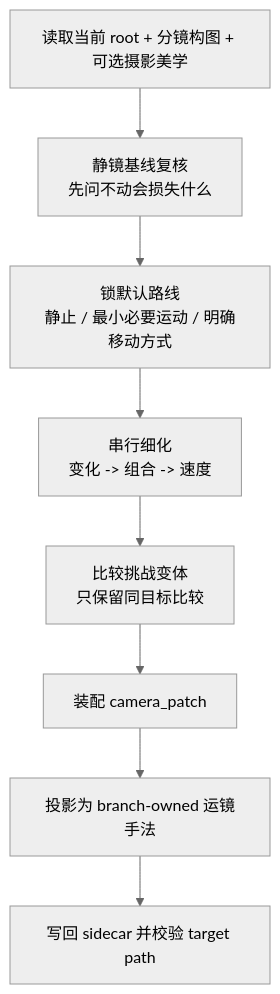
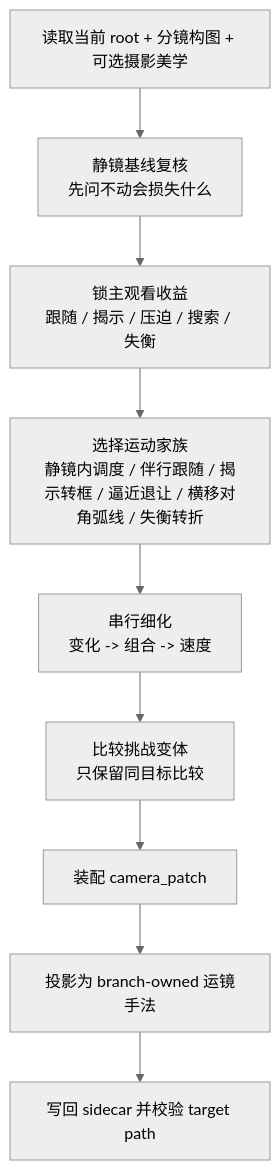
One commit to ZEN-VOID/AI-CUT changed the first of 3 diagrams in .agents/skills/aigc/3-Detail/2-镜花/3-运镜手法/SKILL.md. Above: the diagram before and after it, drawn with Mermaid (neutral theme). The commit also changed other lines of this file and 291 other files, not shown here.

````diff
--- a/.agents/skills/aigc/3-Detail/2-镜花/3-运镜手法/SKILL.md
+++ b/.agents/skills/aigc/3-Detail/2-镜花/3-运镜手法/SKILL.md
@@ -48,10 +52,11 @@
 ```mermaid
 flowchart TD
     A["读取当前 root + 分镜构图 + 可选摄影美学"] --> B["静镜基线复核<br/>先问不动会损失什么"]
-    B --> C["锁默认路线<br/>静止 / 最小必要运动 / 明确移动方式"]
-    C --> D["串行细化<br/>变化 -> 组合 -> 速度"]
-    D --> E["比较挑战变体<br/>只保留同目标比较"]
-    E --> F["装配 camera_patch"]
-    F --> G["投影为 branch-owned 运镜手法"]
-    G --> H["写回 sidecar 并校验 target path"]
+    B --> C["锁主观看收益<br/>跟随 / 揭示 / 压迫 / 搜索 / 失衡"]
+    C --> D["选择运动家族<br/>静镜内调度 / 伴行跟随 / 揭示转框 / 逼近退让 / 横移对角弧线 / 失衡转折"]
+    D --> E["串行细化<br/>变化 -> 组合 -> 速度"]
+    E --> F["比较挑战变体<br/>只保留同目标比较"]
+    F --> G["装配 camera_patch"]
+    G --> H["投影为 branch-owned 运镜手法"]
+    H --> I["写回 sidecar 并校验 target path"]
 ```
````
